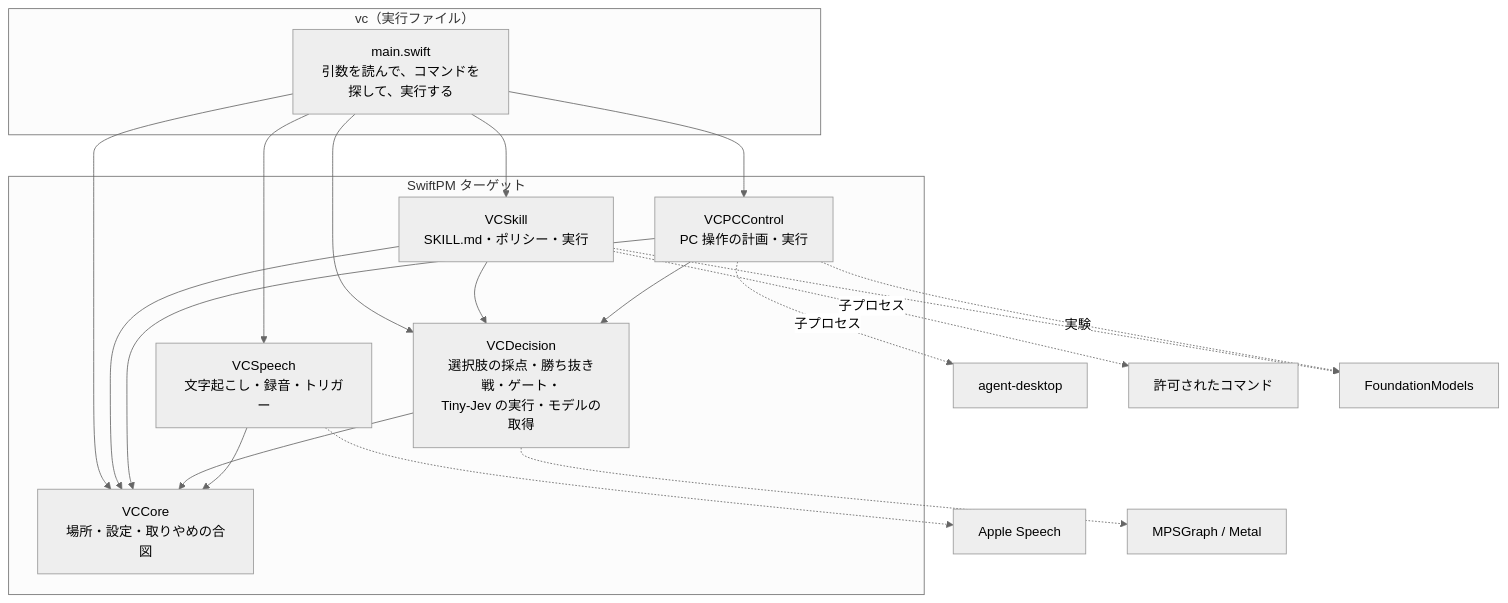
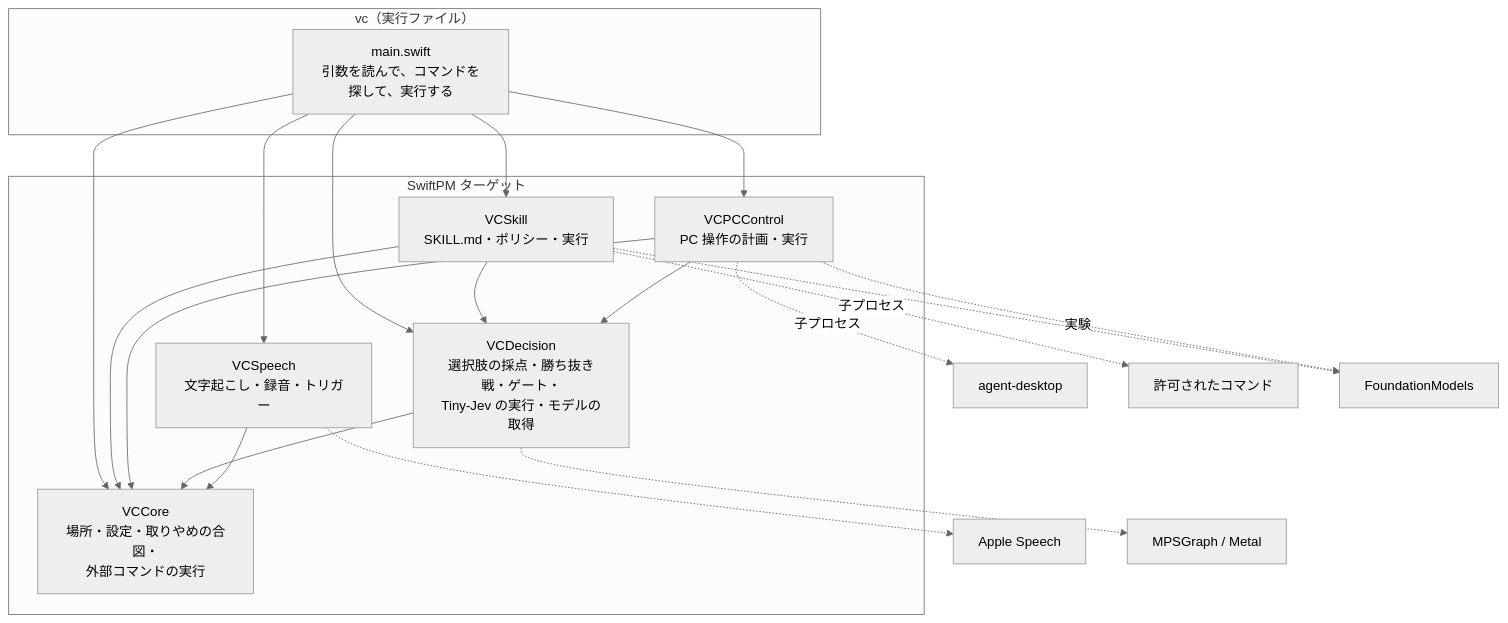
Before and after one commit to takemo101/voice-control: the first of 3 diagrams in docs/architecture.md, drawn with Mermaid (neutral theme). The commit also changed other lines of this file and 4 other files, not shown here.

````diff
--- a/docs/architecture.md
+++ b/docs/architecture.md
@@ -7,26 +7,26 @@
 ```mermaid
 flowchart TB
     subgraph CLI[vc（実行ファイル）]
         main[main.swift<br/>引数を読んで、コマンドを探して、実行する]
     end
     subgraph Targets[SwiftPM ターゲット]
         Skill[VCSkill<br/>SKILL.md・ポリシー・実行]
         Action[VCPCControl<br/>PC 操作の計画・実行]
         Speech[VCSpeech<br/>文字起こし・録音・トリガー]
         Decision[VCDecision<br/>選択肢の採点・勝ち抜き戦・ゲート・<br/>Tiny-Jev の実行・モデルの取得]
-        Core[VCCore<br/>場所・設定・取りやめの合図]
+        Core[VCCore<br/>場所・設定・取りやめの合図・<br/>外部コマンドの実行]
     end
     main --> Skill & Action & Speech & Decision & Core
     Skill --> Decision
     Skill --> Core
     Action --> Decision
     Action --> Core
     Decision --> Core
     Speech --> Core
     Action -.子プロセス.-> AD[agent-desktop]
     Skill -.子プロセス.-> CMD[許可されたコマンド]
     Skill -.-> FM[FoundationModels]
     Action -.実験.-> FM
     Speech -.-> AS[Apple Speech]
     Decision -.-> GPU[MPSGraph / Metal]
 ```
````
